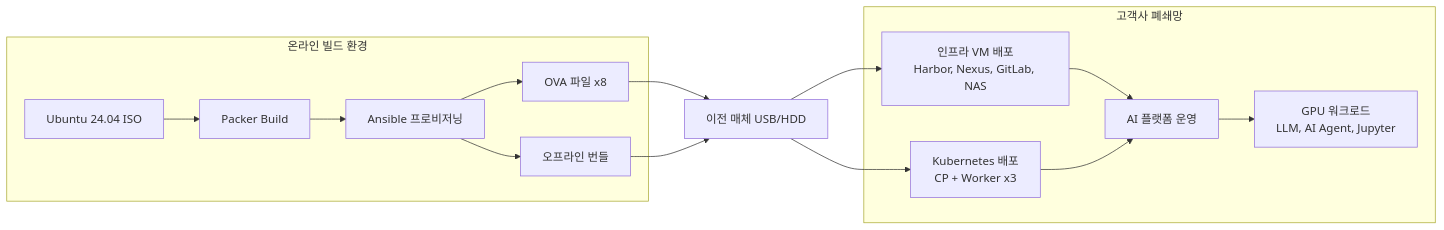
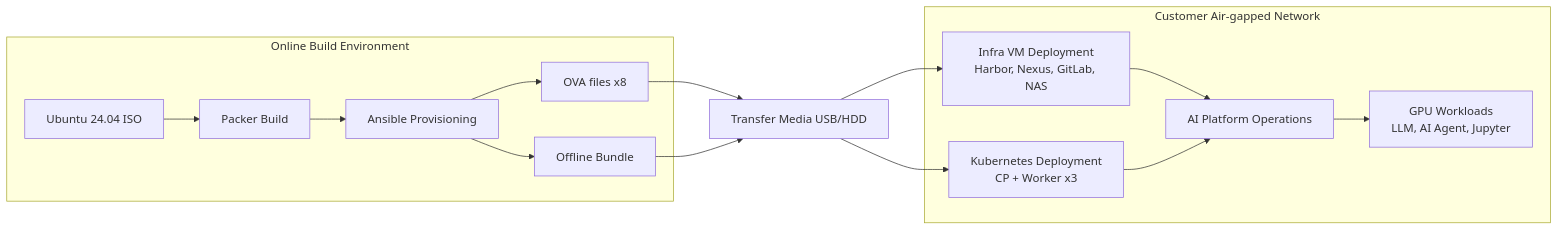
One commit to edumgt/k8s-jupyter-lab changed the first of 6 diagrams in README.md. Above: the diagram before and after it, drawn with Mermaid. The commit also changed other lines of this file and 6 other files, not shown here.

````diff
--- a/README.md
+++ b/README.md
@@ -60,25 +61,25 @@
 ```mermaid
 graph LR
-    subgraph BUILD["온라인 빌드 환경"]
+    subgraph BUILD["Online Build Environment"]
         ISO["Ubuntu 24.04 ISO"] --> PACKER["Packer Build"]
-        PACKER --> ANSIBLE["Ansible 프로비저닝"]
-        ANSIBLE --> OVF["OVA 파일 x8"]
-        ANSIBLE --> BUNDLE["오프라인 번들"]
+        PACKER --> ANSIBLE["Ansible Provisioning"]
+        ANSIBLE --> OVF["OVA files x8"]
+        ANSIBLE --> BUNDLE["Offline Bundle"]
     end
 
-    OVF --> MEDIA["이전 매체 USB/HDD"]
+    OVF --> MEDIA["Transfer Media USB/HDD"]
     BUNDLE --> MEDIA
 
-    subgraph AIRGAP["고객사 폐쇄망"]
-        INFRA["인프라 VM 배포\nHarbor, Nexus, GitLab, NAS"]
-        K8S_VM["Kubernetes 배포\nCP + Worker x3"]
-        PLATFORM["AI 플랫폼 운영"]
-        GPU_WL["GPU 워크로드\nLLM, AI Agent, Jupyter"]
+    subgraph AIRGAP["Customer Air-gapped Network"]
+        INFRA["Infra VM Deployment\nHarbor, Nexus, GitLab, NAS"]
+        K8S_VM["Kubernetes Deployment\nCP + Worker x3"]
+        PLATFORM["AI Platform Operations"]
+        GPU_WL["GPU Workloads\nLLM, AI Agent, Jupyter"]
         INFRA --> PLATFORM
         K8S_VM --> PLATFORM
         PLATFORM --> GPU_WL
     end
 
     MEDIA --> INFRA
     MEDIA --> K8S_VM
 ```
````
